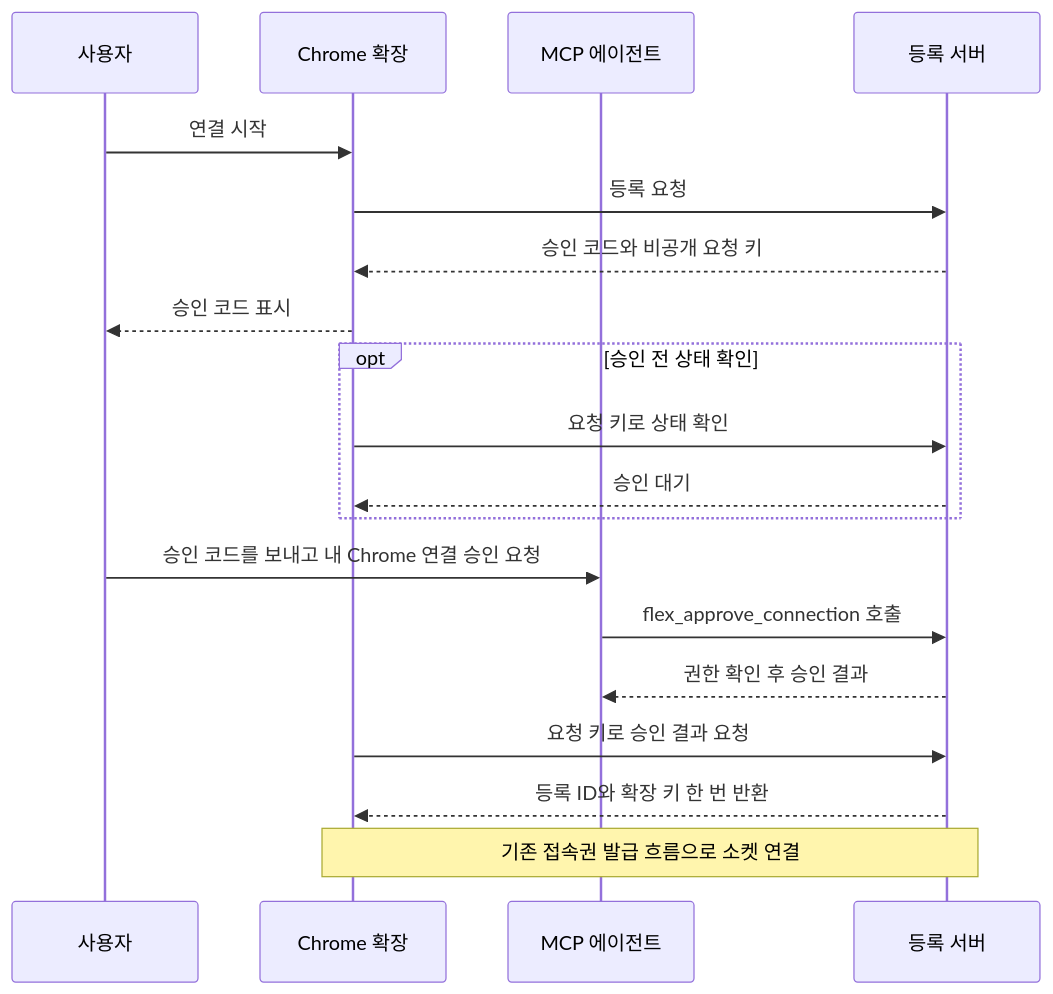
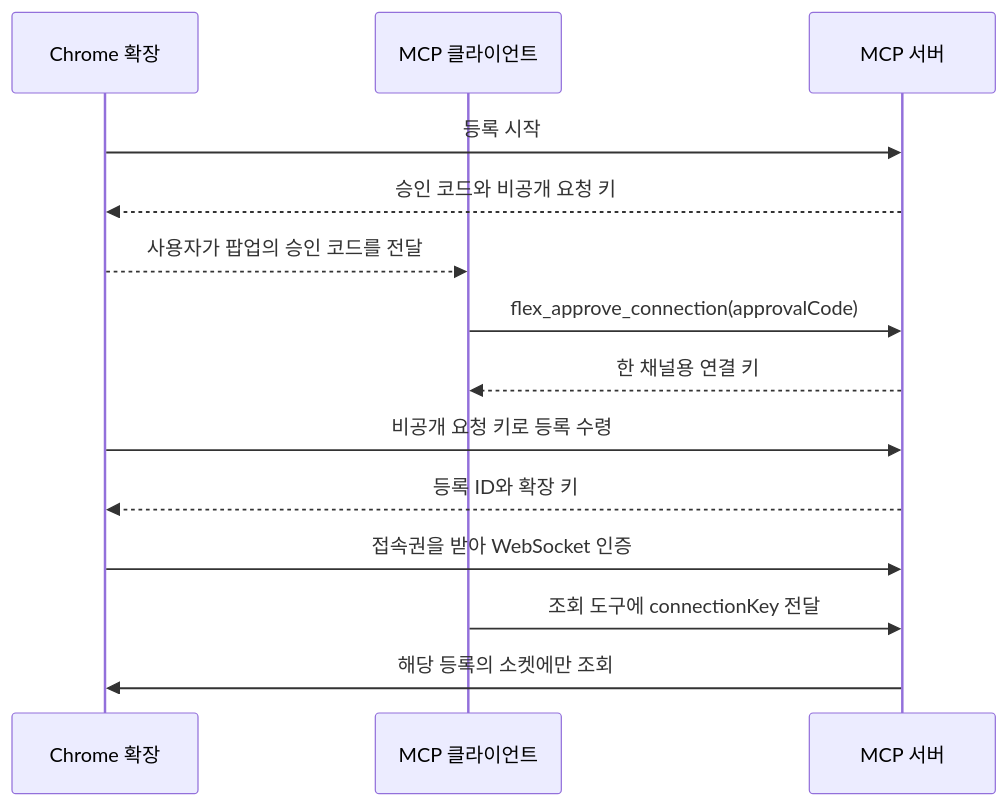
The diagram in docs/features/browser-pairing.md (freevue/flex-mcp), drawn with Mermaid before and after one commit. The commit also changed other lines of this file and 84 other files, not shown here.

````diff
--- a/docs/features/browser-pairing.md
+++ b/docs/features/browser-pairing.md
@@ -15,21 +9,16 @@
 ```mermaid
 sequenceDiagram
-    participant User as 사용자
-    participant Extension as Chrome 확장
-    participant Agent as MCP 에이전트
-    participant Server as 등록 서버
-    User->>Extension: 연결 시작
-    Extension->>Server: 등록 요청
-    Server-->>Extension: 승인 코드와 비공개 요청 키
-    Extension-->>User: 승인 코드 표시
-    opt 승인 전 상태 확인
-        Extension->>Server: 요청 키로 상태 확인
-        Server-->>Extension: 승인 대기
-    end
-    User->>Agent: 승인 코드를 보내고 내 Chrome 연결 승인 요청
-    Agent->>Server: flex_approve_connection 호출
-    Server-->>Agent: 권한 확인 후 승인 결과
-    Extension->>Server: 요청 키로 승인 결과 요청
-    Server-->>Extension: 등록 ID와 확장 키 한 번 반환
-    Note over Extension,Server: 기존 접속권 발급 흐름으로 소켓 연결
+    participant Chrome as Chrome 확장
+    participant Client as MCP 클라이언트
+    participant Server as MCP 서버
+    Chrome->>Server: 등록 시작
+    Server-->>Chrome: 승인 코드와 비공개 요청 키
+    Chrome-->>Client: 사용자가 팝업의 승인 코드를 전달
+    Client->>Server: flex_approve_connection(approvalCode)
+    Server-->>Client: 한 채널용 연결 키
+    Chrome->>Server: 비공개 요청 키로 등록 수령
+    Server-->>Chrome: 등록 ID와 확장 키
+    Chrome->>Server: 접속권을 받아 WebSocket 인증
+    Client->>Server: 조회 도구에 connectionKey 전달
+    Server->>Chrome: 해당 등록의 소켓에만 조회
 ```
````
